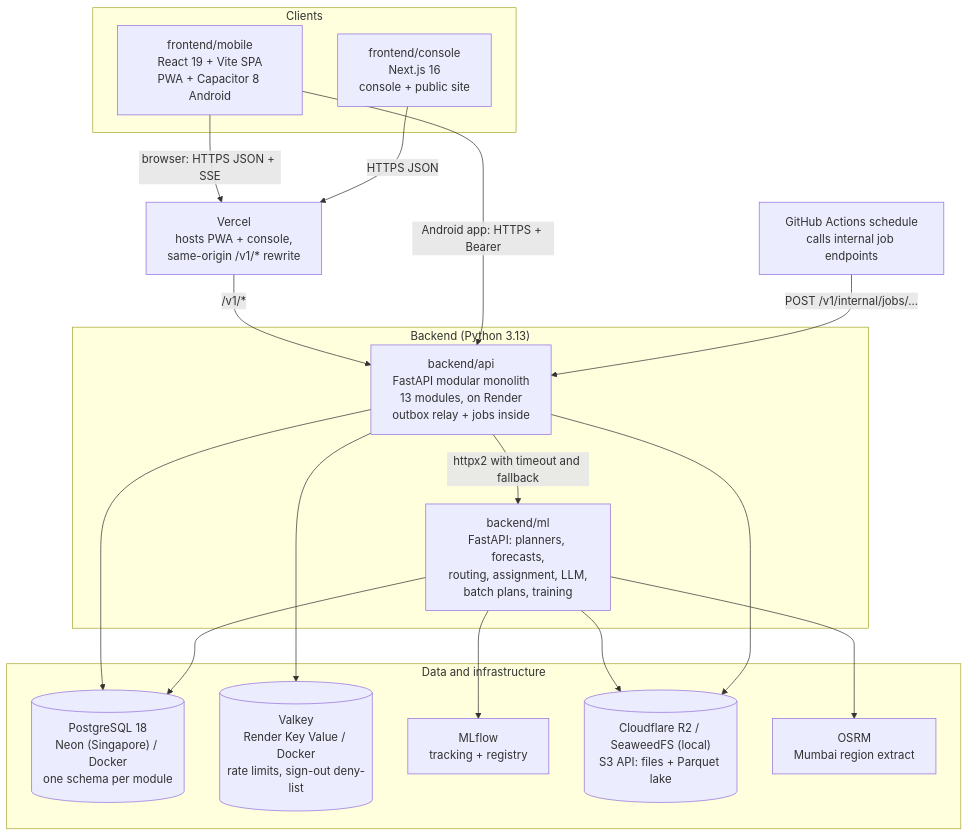
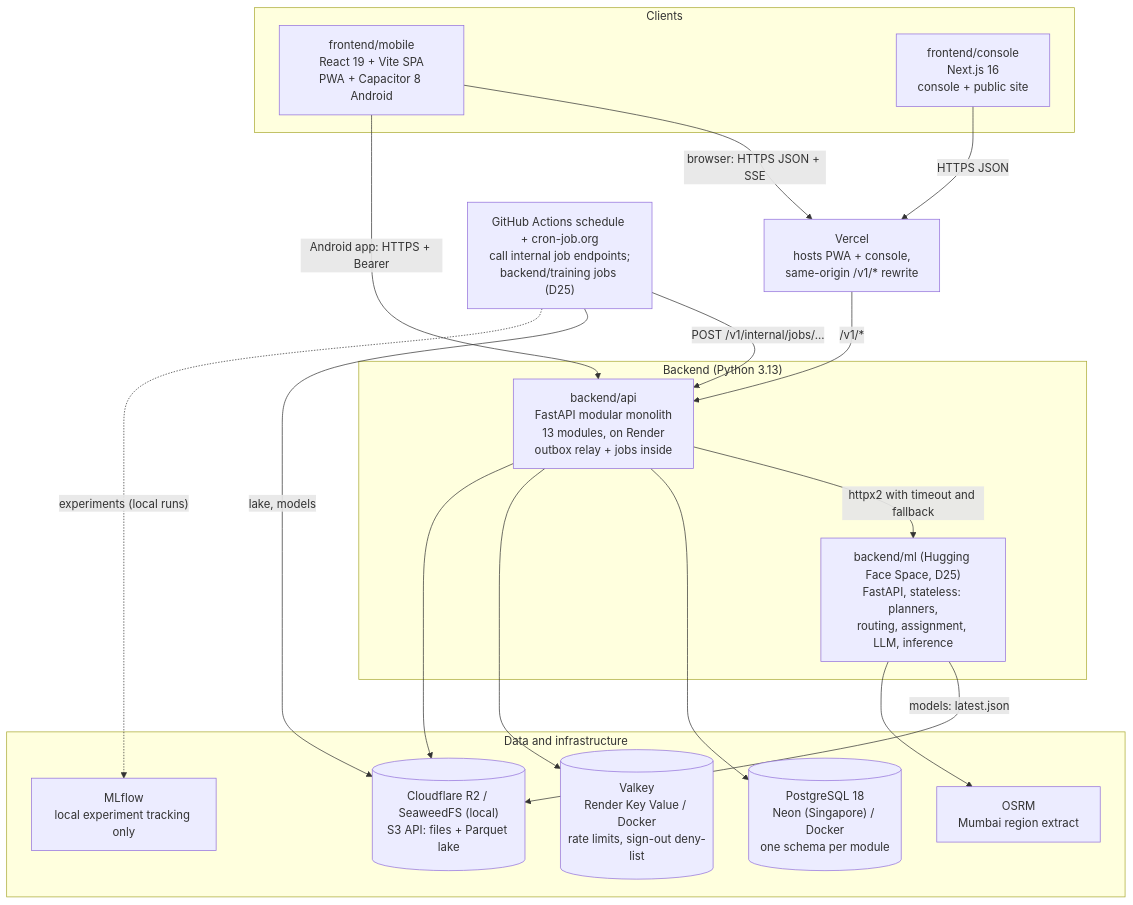
Before and after one commit to prelekar7/GharBasket: the second of 5 diagrams in docs/handbook/04-system-architecture.md, drawn with Mermaid. The commit also changed other lines of this file and 16 other files, not shown here.

````diff
--- a/docs/handbook/04-system-architecture.md
+++ b/docs/handbook/04-system-architecture.md
@@ -53,33 +53,33 @@
 ```mermaid
 flowchart TB
   subgraph Clients
     MOB["frontend/mobile<br/>React 19 + Vite SPA<br/>PWA + Capacitor 8 Android"]
     CON["frontend/console<br/>Next.js 16<br/>console + public site"]
   end
   VER["Vercel<br/>hosts PWA + console,<br/>same-origin /v1/* rewrite"]
-  GHA["GitHub Actions schedule<br/>calls internal job endpoints"]
+  GHA["GitHub Actions schedule + cron-job.org<br/>call internal job endpoints;<br/>backend/training jobs (D25)"]
   subgraph Backend["Backend (Python 3.13)"]
     API["backend/api<br/>FastAPI modular monolith<br/>13 modules, on Render<br/>outbox relay + jobs inside"]
-    ML["backend/ml<br/>FastAPI: planners, forecasts,<br/>routing, assignment, LLM,<br/>batch plans, training"]
+    ML["backend/ml (Hugging Face Space, D25)<br/>FastAPI, stateless: planners,<br/>routing, assignment, LLM, inference"]
   end
   subgraph Data["Data and infrastructure"]
     PG[("PostgreSQL 18<br/>Neon (Singapore) / Docker<br/>one schema per module")]
     VK[("Valkey<br/>Render Key Value / Docker<br/>rate limits, sign-out deny-list")]
-    MLF["MLflow<br/>tracking + registry"]
+    MLF["MLflow<br/>local experiment tracking only"]
     OBJ[("Cloudflare R2 / SeaweedFS (local)<br/>S3 API: files + Parquet lake")]
     OSRM["OSRM<br/>Mumbai region extract"]
   end
   MOB -->|"browser: HTTPS JSON + SSE"| VER
   CON -->|"HTTPS JSON"| VER
   VER -->|"/v1/*"| API
   MOB -->|"Android app: HTTPS + Bearer"| API
   GHA -->|"POST /v1/internal/jobs/..."| API
   API -->|"httpx2 with timeout and fallback"| ML
   API --> PG
   API --> VK
-  ML --> PG
-  ML --> MLF
-  ML --> OBJ
+  ML -->|"models: latest.json"| OBJ
   ML --> OSRM
+  GHA -->|"lake, models"| OBJ
+  GHA -.->|"experiments (local runs)"| MLF
   API --> OBJ
 ```
````
